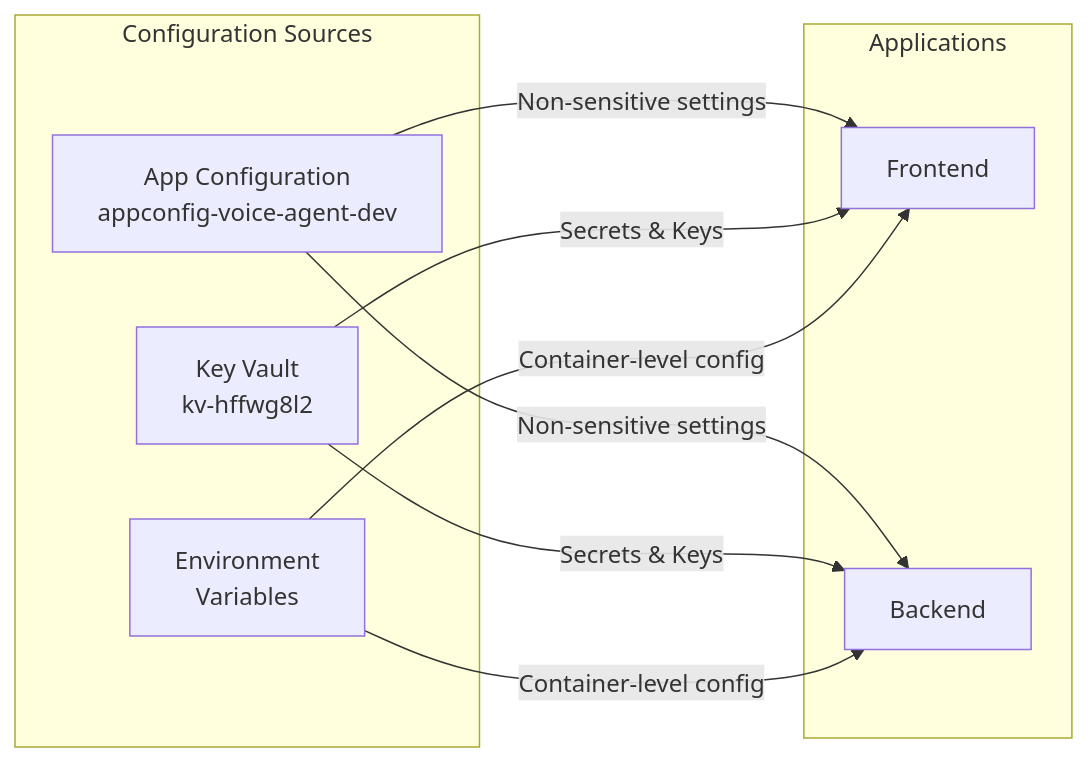
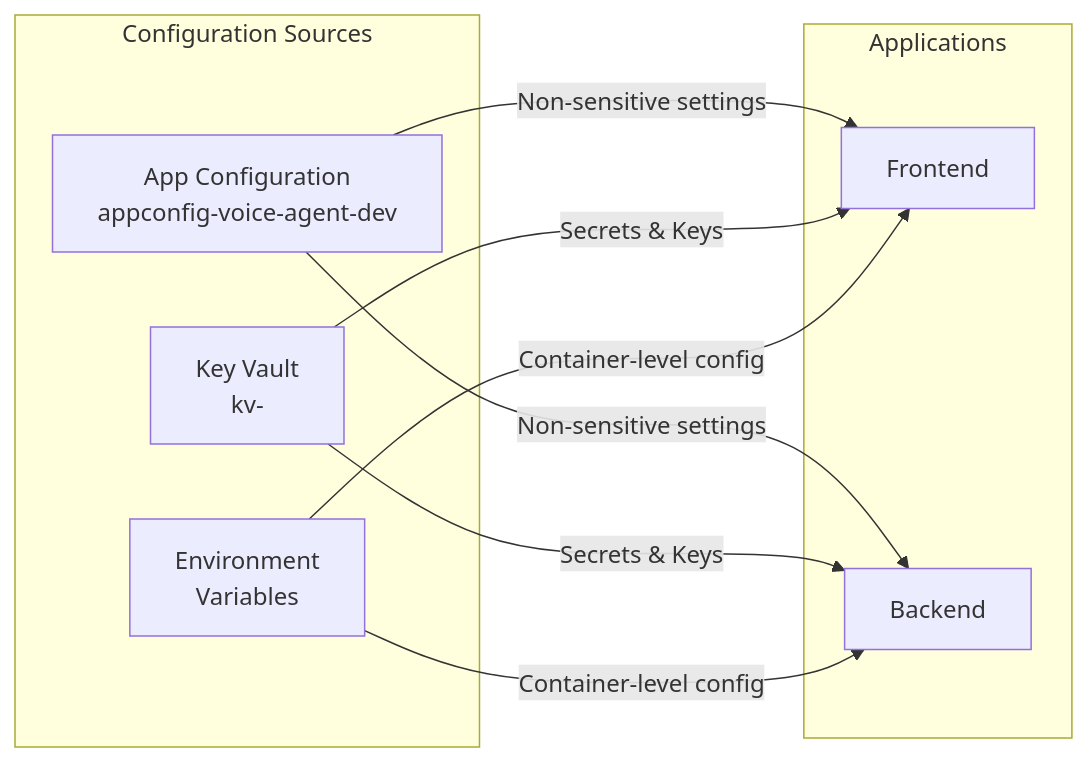
The fourth of 7 diagrams in docs/architecture/data-flow.md (kevinevans1/genai_wiki), drawn with Mermaid before and after one commit. The commit also changed other lines of this file and 12 other files, not shown here.

````diff
--- a/docs/architecture/data-flow.md
+++ b/docs/architecture/data-flow.md
@@ -124,20 +124,20 @@
 ```mermaid
 graph LR
     subgraph "Configuration Sources"
         AC[App Configuration<br/>appconfig-voice-agent-dev]
-        KV[Key Vault<br/>kv-hffwg8l2]
+        KV[Key Vault<br/>kv-<suffix>]
         ENV[Environment<br/>Variables]
     end
     
     subgraph "Applications"
         FE[Frontend]
         BE[Backend]
     end
     
     AC --> |"Non-sensitive settings"| FE
     AC --> |"Non-sensitive settings"| BE
     KV --> |"Secrets & Keys"| BE
     KV --> |"Secrets & Keys"| FE
     ENV --> |"Container-level config"| FE
     ENV --> |"Container-level config"| BE
 ```
````
